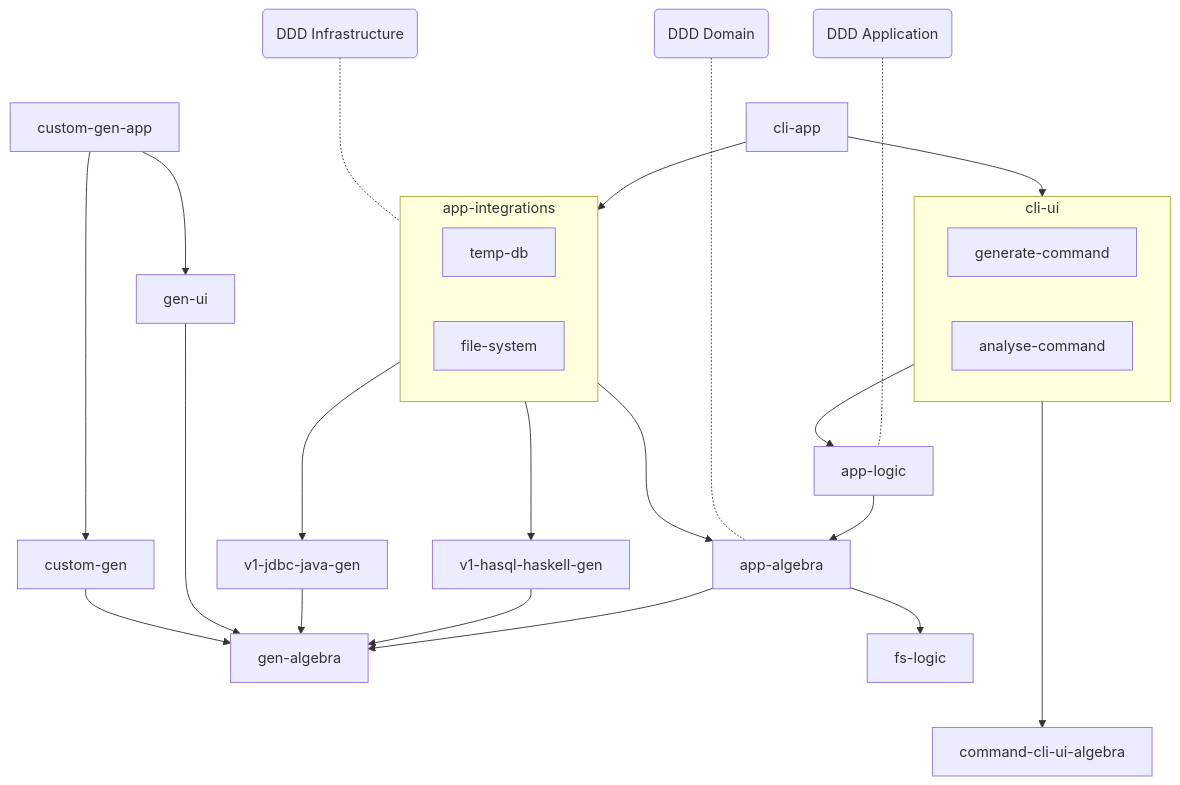
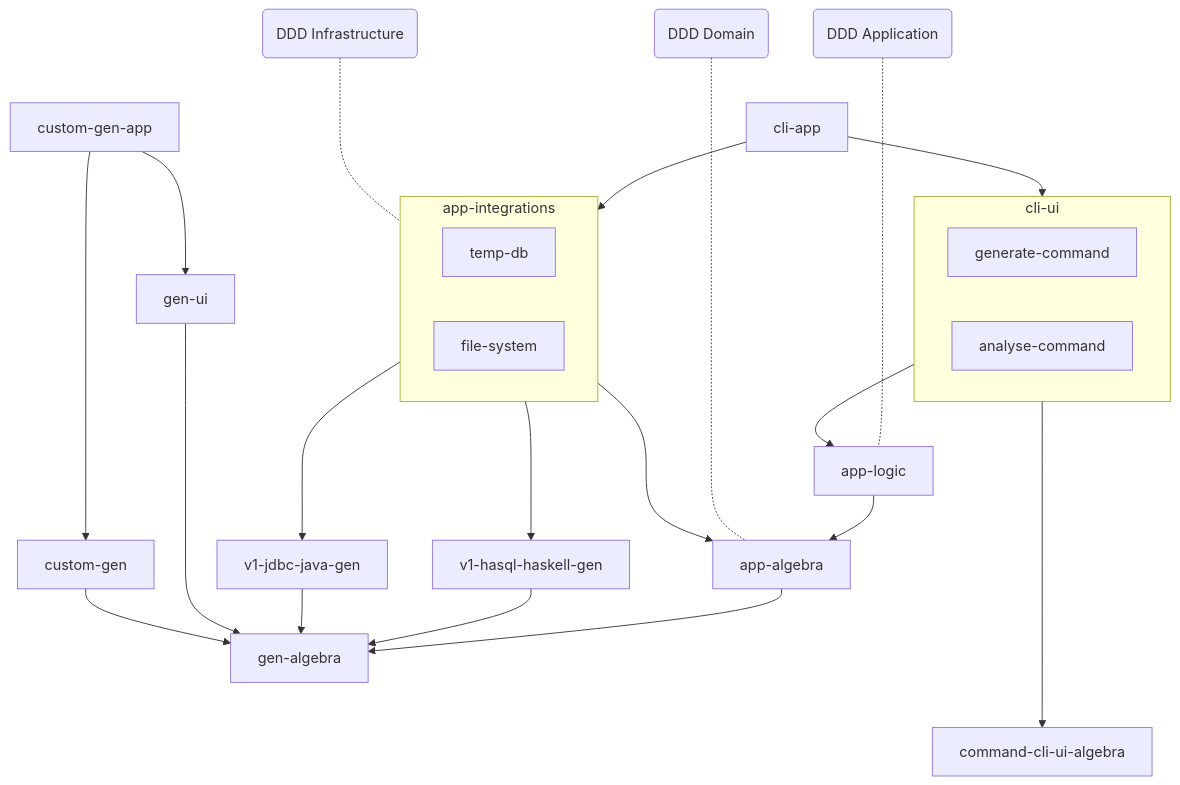
The second of 2 diagrams in design/aulia-architecture.md (pgenie-io/pgenie), drawn with Mermaid before and after one commit.

Commit message:
Simplify

````diff
--- a/design/aulia-architecture.md
+++ b/design/aulia-architecture.md
@@ -26,34 +26,33 @@
 ```mermaid
 flowchart TD
 
 app-logic --> app-algebra
 app-integrations ---> app-algebra
 app-integrations --> v1-hasql-haskell-gen
 app-integrations --> v1-jdbc-java-gen
 cli-ui --> app-logic
 cli-app --> app-integrations
 cli-app --> cli-ui
 custom-gen-app --> gen-ui
 app-algebra --> gen-algebra
 v1-hasql-haskell-gen --> gen-algebra
 v1-jdbc-java-gen --> gen-algebra
 gen-ui ----> gen-algebra
 custom-gen-app --> custom-gen
 custom-gen --> gen-algebra
 cli-ui -----> command-cli-ui-algebra
-app-algebra --> fs-logic
 
 infrastructure(DDD Infrastructure) -..- app-integrations
 domain(DDD Domain) -....- app-algebra
 application(DDD Application) -...- app-logic
 
 subgraph cli-ui
   generate-command
   analyse-command
 end
 
 subgraph app-integrations
   temp-db
   file-system
 end
 ```
````
